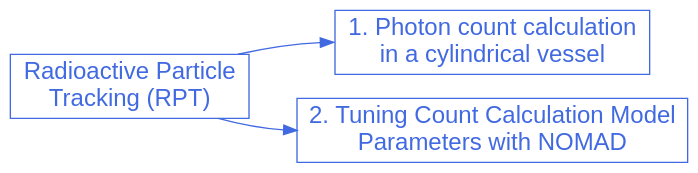
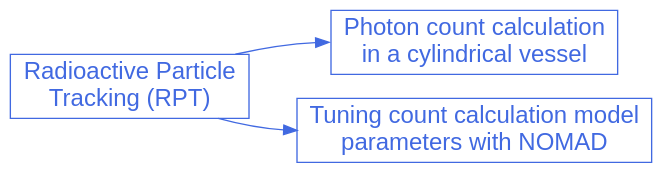
Before and after one commit to chaos-polymtl/lethe: the diagram in doc/source/examples/rpt/rpt.rst, drawn with Graphviz. The commit also changed other lines of this file and 5 other files, not shown here.

Commit message:
Remove numbers and fix titles in graphs

```diff
--- a/doc/source/examples/rpt/rpt.rst
+++ b/doc/source/examples/rpt/rpt.rst
@@ -14,18 +13,18 @@
 .. graphviz:: 
 
     digraph rpt_diagram {
       graph [bgcolor="transparent", align=true];
       node [fontname=Arial, fontsize=18, shape=box, fontcolor=royalblue, color=royalblue];
       edge [color=royalblue];
       rankdir="LR";
       size = "9,9";
 
       rpt [label="Radioactive Particle \nTracking (RPT)", href="https://lethe-cfd.github.io/lethe/examples/rpt/rpt.html"];
 
-      rpt_1 [label="1. Photon count calculation \nin a cylindrical vessel", href="https://lethe-cfd.github.io/lethe/examples/rpt/photon-count-calculation-in-a-cylindrical-vessel/photon-count-calculation-in-a-cylindrical-vessel.html"]; 
+      rpt_1 [label="Photon count calculation \nin a cylindrical vessel", href="https://lethe-cfd.github.io/lethe/examples/rpt/photon-count-calculation-in-a-cylindrical-vessel/photon-count-calculation-in-a-cylindrical-vessel.html"]; 
 
-      rpt_2 [label="2. Tuning Count Calculation Model \nParameters with NOMAD", href="https://lethe-cfd.github.io/lethe/examples/rpt/tuning-parameters-with-nomad/tuning-parameters-with-nomad.html"]; 
+      rpt_2 [label="Tuning count calculation model \nparameters with NOMAD", href="https://lethe-cfd.github.io/lethe/examples/rpt/tuning-parameters-with-nomad/tuning-parameters-with-nomad.html"]; 
 
       rpt -> rpt_1:w;
       rpt -> rpt_2:w;  
     }
```
